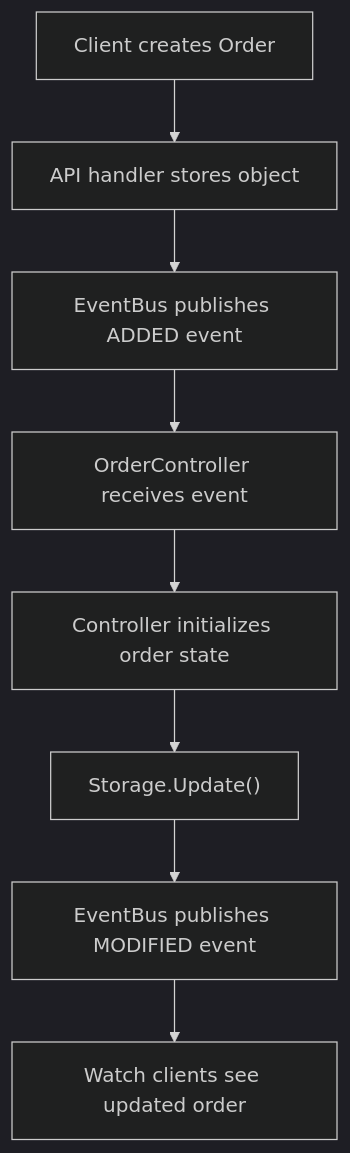
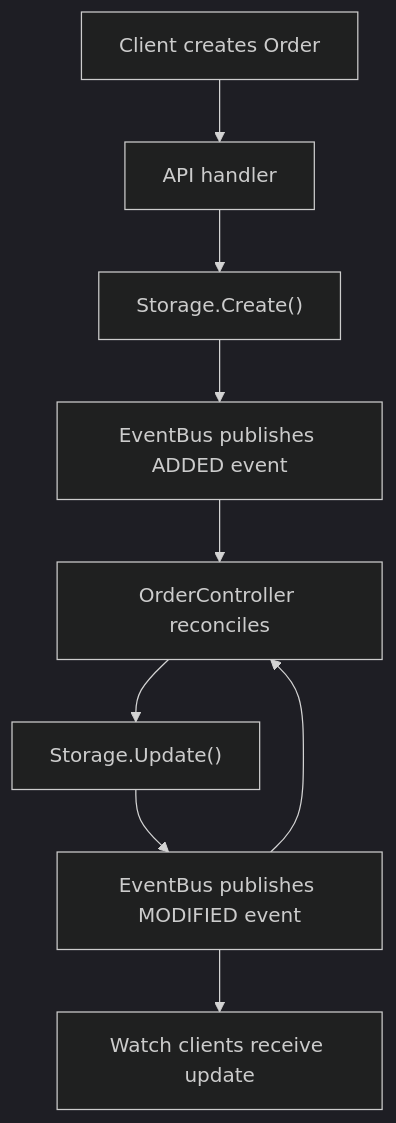
One commit to pergus/api-server changed diagram 17 of 23 in BOOK.md. Above: the diagram before and after it, drawn with Mermaid (dark theme). The commit also changed other lines of this file, not shown here.

Commit message:
Fixed Listing/Figure numbering

````diff
--- a/BOOK.md
+++ b/BOOK.md
@@ -9069,10 +9079,11 @@
 ```mermaid
 flowchart TD
-    A["Client creates Order"] --> B["API handler stores object"]
-    B --> C["EventBus publishes ADDED event"]
-    C --> D["OrderController receives event"]
-    D --> E["Controller initializes order state"]
+    A["Client creates Order"] --> B["API handler"]
+    B --> C["Storage.Create()"]
+    C --> D["EventBus publishes ADDED event"]
+    D --> E["OrderController reconciles"]
     E --> F["Storage.Update()"]
     F --> G["EventBus publishes MODIFIED event"]
-    G --> H["Watch clients see updated order"]
+    G --> H["Watch clients receive update"]
+    G --> E
 ```
````
